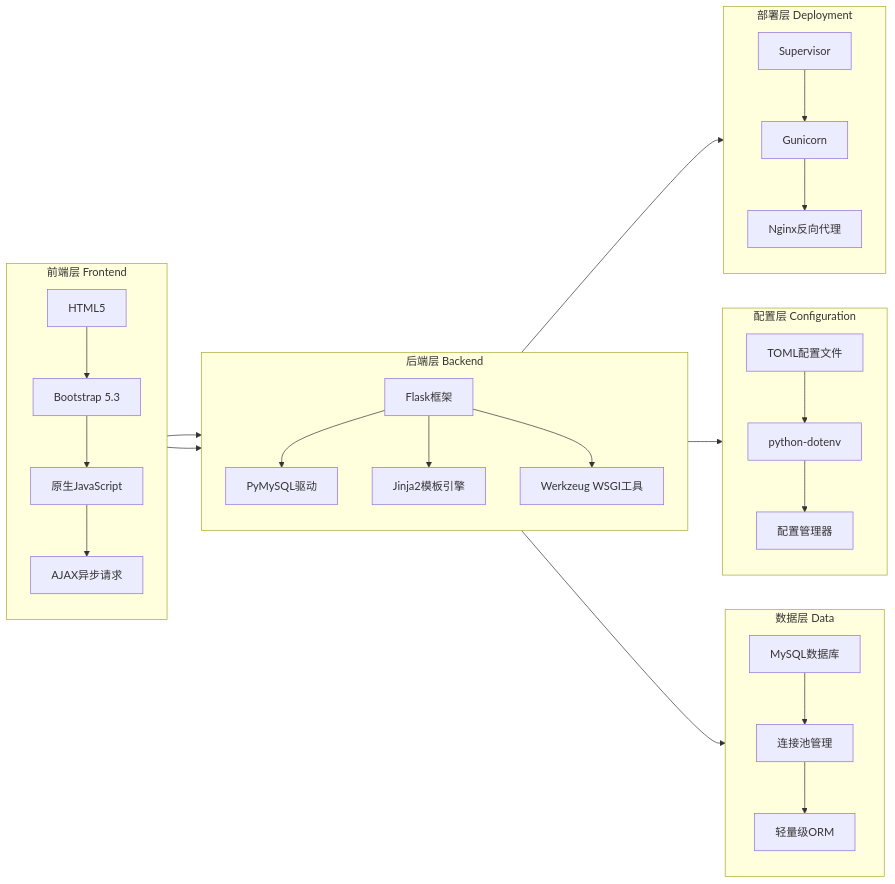
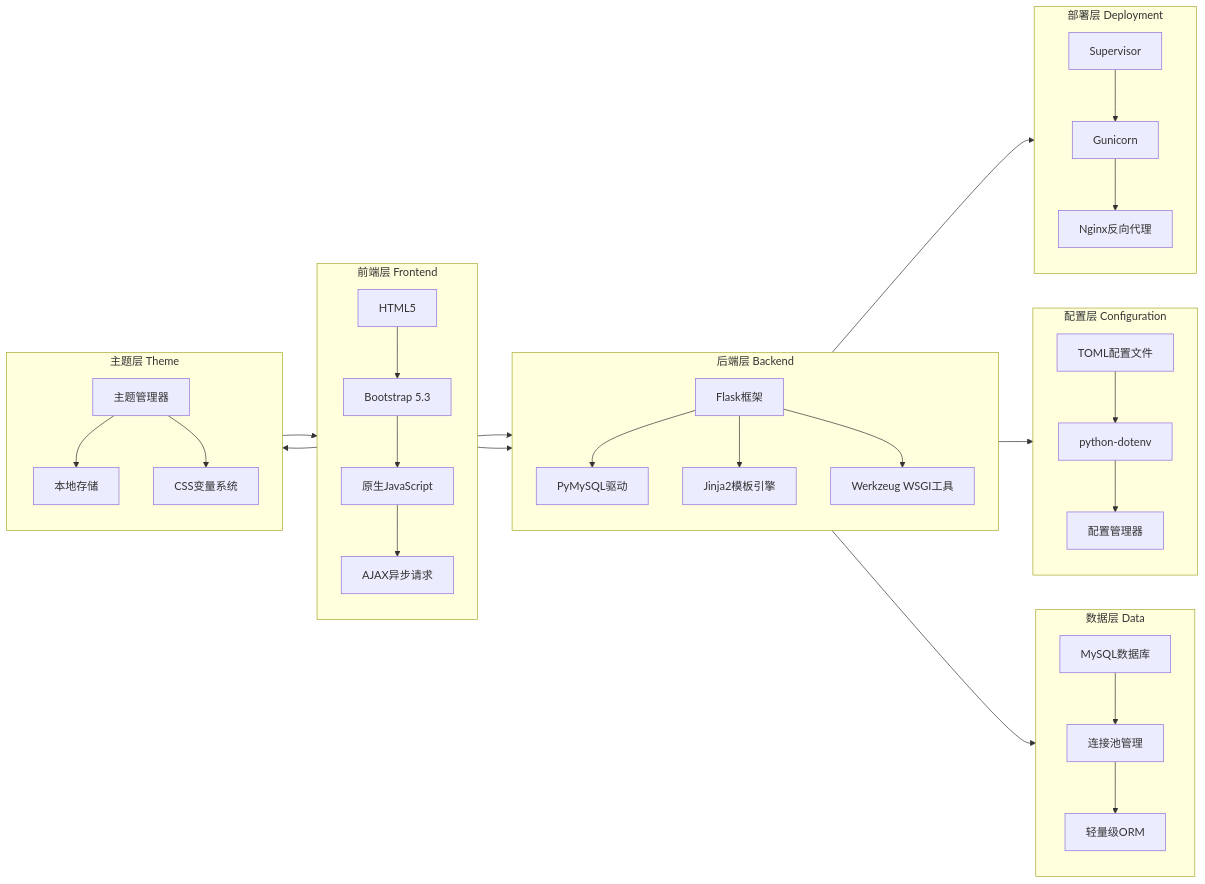
Before and after one commit to 1021143806/toolsForPersonal: the second of 5 diagrams in projects/agv_system/app/cross_env_manager/README.md, drawn with Mermaid. The commit also changed other lines of this file and 29 other files, not shown here.

````diff
--- a/projects/agv_system/app/cross_env_manager/README.md
+++ b/projects/agv_system/app/cross_env_manager/README.md
@@ -386,46 +392,55 @@
 ```mermaid
 graph LR
     %% 前端技术栈
     subgraph "前端层 Frontend"
         direction TB
         HTML[HTML5] --> Bootstrap[Bootstrap 5.3]
         Bootstrap --> JavaScript[原生JavaScript]
         JavaScript --> AJAX[AJAX异步请求]
     end
     
     %% 后端技术栈
     subgraph "后端层 Backend"
         direction TB
         Flask[Flask框架] --> PyMySQL[PyMySQL驱动]
         Flask --> Jinja2[Jinja2模板引擎]
         Flask --> Werkzeug[Werkzeug WSGI工具]
     end
     
     %% 数据层
     subgraph "数据层 Data"
         direction TB
         MySQL[MySQL数据库] --> ConnectionPool[连接池管理]
         ConnectionPool --> ORM[轻量级ORM]
     end
     
     %% 配置层
     subgraph "配置层 Configuration"
         direction TB
         TOML[TOML配置文件] --> DotEnv[python-dotenv]
         DotEnv --> ConfigMgr[配置管理器]
     end
     
+    %% 主题层
+    subgraph "主题层 Theme"
+        direction TB
+        ThemeMgr[主题管理器] --> LocalStorage[本地存储]
+        ThemeMgr --> CSSVars[CSS变量系统]
+    end
+    
     %% 部署层
     subgraph "部署层 Deployment"
         direction TB
         Supervisor[Supervisor] --> Gunicorn[Gunicorn]
         Gunicorn --> Nginx[Nginx反向代理]
     end
     
     %% 连接关系
     HTML --> Flask
     JavaScript --> Flask
+    JavaScript --> ThemeMgr
     Flask --> MySQL
     Flask --> TOML
     Flask --> Supervisor
+    ThemeMgr --> HTML
 ```
````
